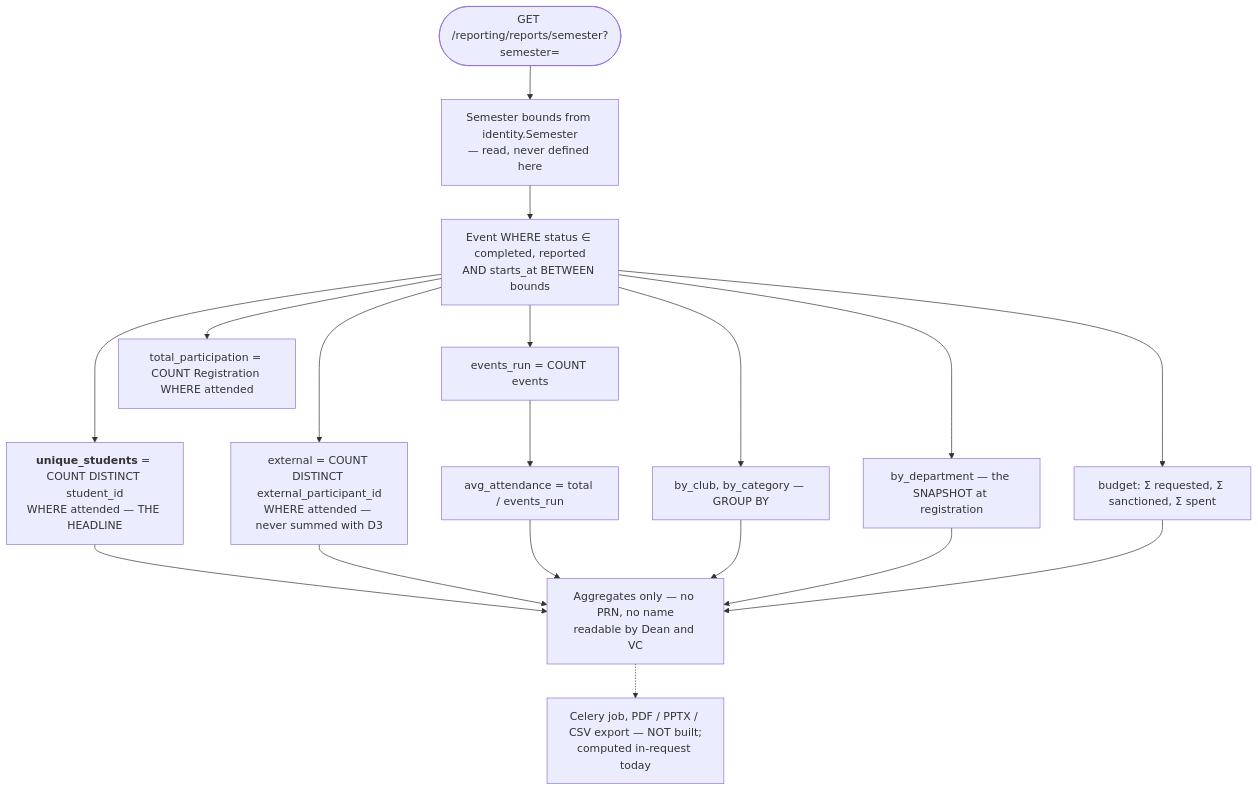
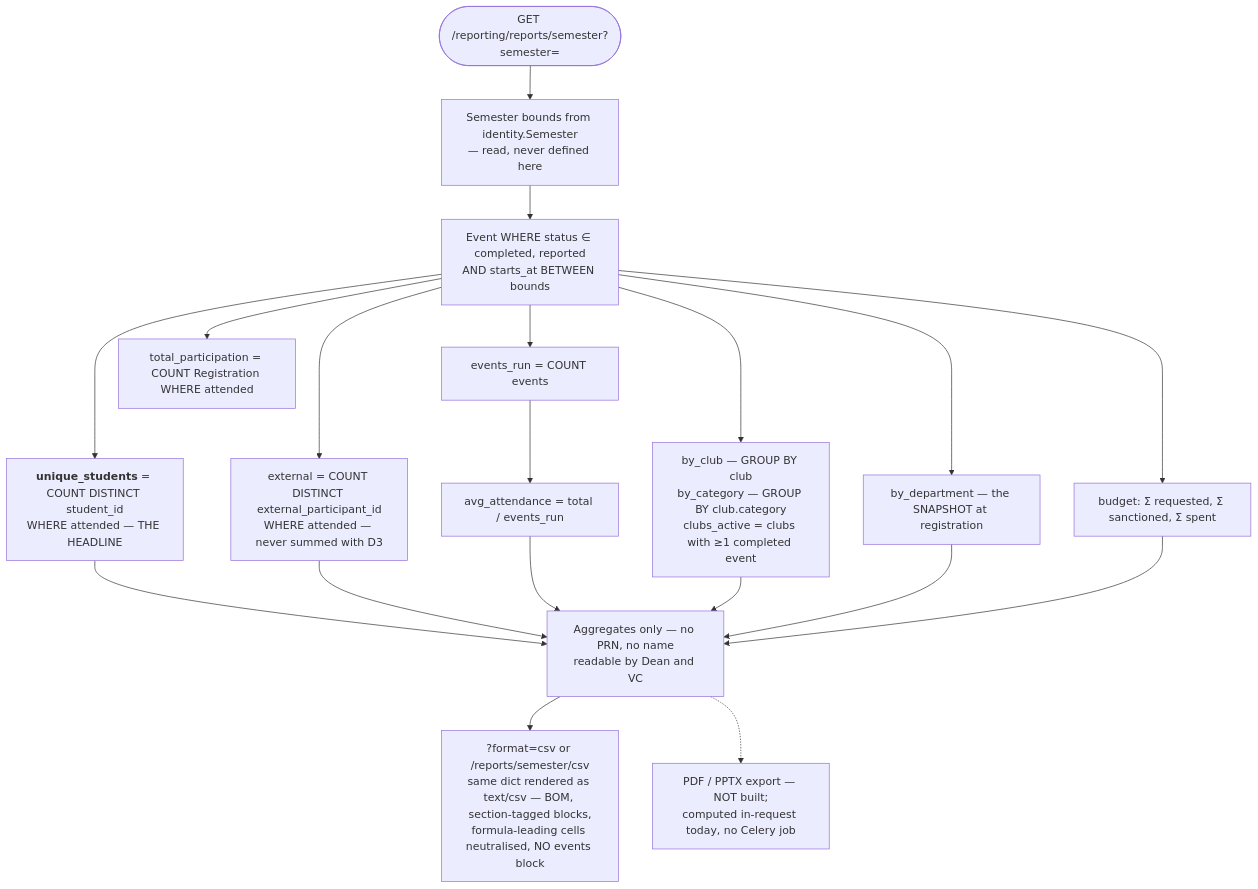
Before and after one commit to ChargingTrex/culturals-clubs-events: diagram 14 of 15 in docs/FLOWS.md, drawn with Mermaid. The commit also changed other lines of this file and 2 other files, not shown here.

Commit message:
Docs: API data models and flows refreshed to the wave-1 code; E-09 recorded as decided

````diff
--- a/docs/FLOWS.md
+++ b/docs/FLOWS.md
@@ -405,20 +503,21 @@
 ```mermaid
 flowchart TD
   A([GET /reporting/reports/semester?semester=]) --> B[Semester bounds from identity.Semester<br/>— read, never defined here]
   B --> C[Event WHERE status ∈ completed, reported<br/>AND starts_at BETWEEN bounds]
   C --> D1[events_run = COUNT events]
   C --> D2[total_participation = COUNT Registration WHERE attended]
   C --> D3[<b>unique_students</b> = COUNT DISTINCT student_id<br/>WHERE attended — THE HEADLINE]
   C --> D4[external = COUNT DISTINCT external_participant_id<br/>WHERE attended — never summed with D3]
   D1 --> D5[avg_attendance = total / events_run]
-  C --> D6[by_club, by_category — GROUP BY]
+  C --> D6[by_club — GROUP BY club<br/>by_category — GROUP BY club.category<br/>clubs_active = clubs with ≥1 completed event]
   C --> D7[by_department — the SNAPSHOT at registration]
   C --> D8[budget: Σ requested, Σ sanctioned, Σ spent]
   D3 --> OUT[Aggregates only — no PRN, no name<br/>readable by Dean and VC]
   D4 --> OUT
   D5 --> OUT
   D6 --> OUT
   D7 --> OUT
   D8 --> OUT
-  OUT -.-> X[Celery job, PDF / PPTX / CSV export — NOT built;<br/>computed in-request today]
+  OUT --> CSV[?format=csv or /reports/semester/csv<br/>same dict rendered as text/csv — BOM, section-tagged blocks,<br/>formula-leading cells neutralised, NO events block]
+  OUT -.-> X[PDF / PPTX export — NOT built;<br/>computed in-request today, no Celery job]
 ```
````
